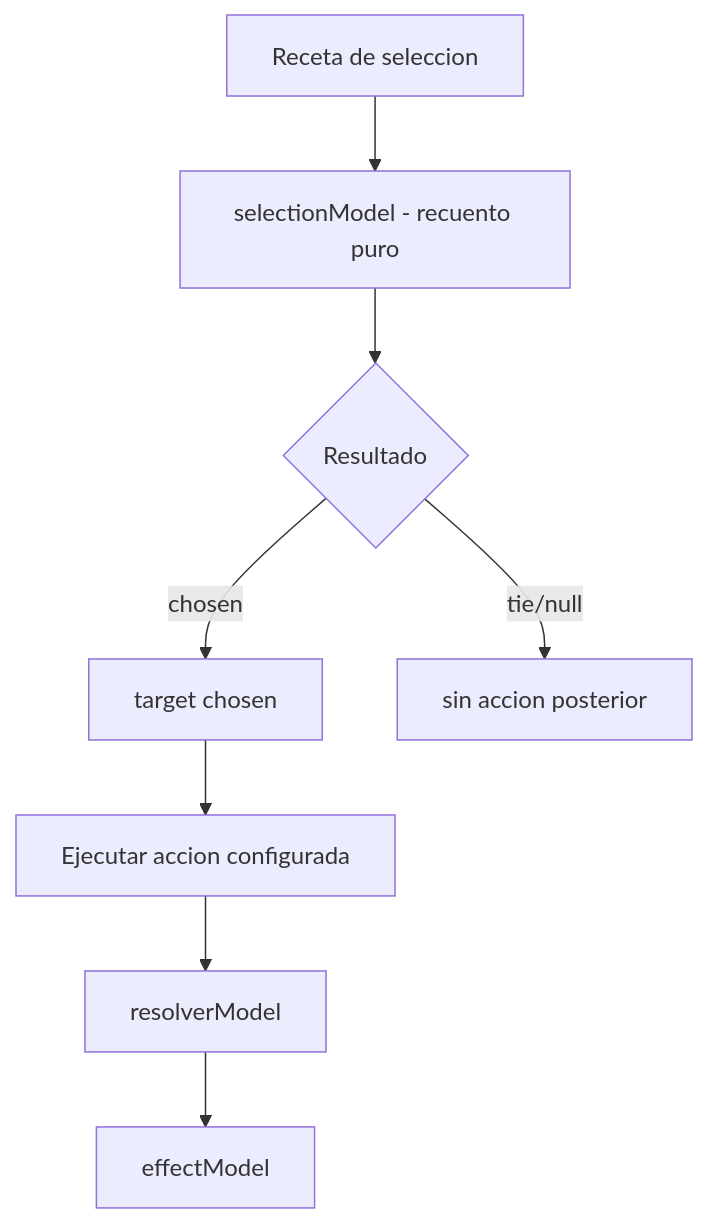
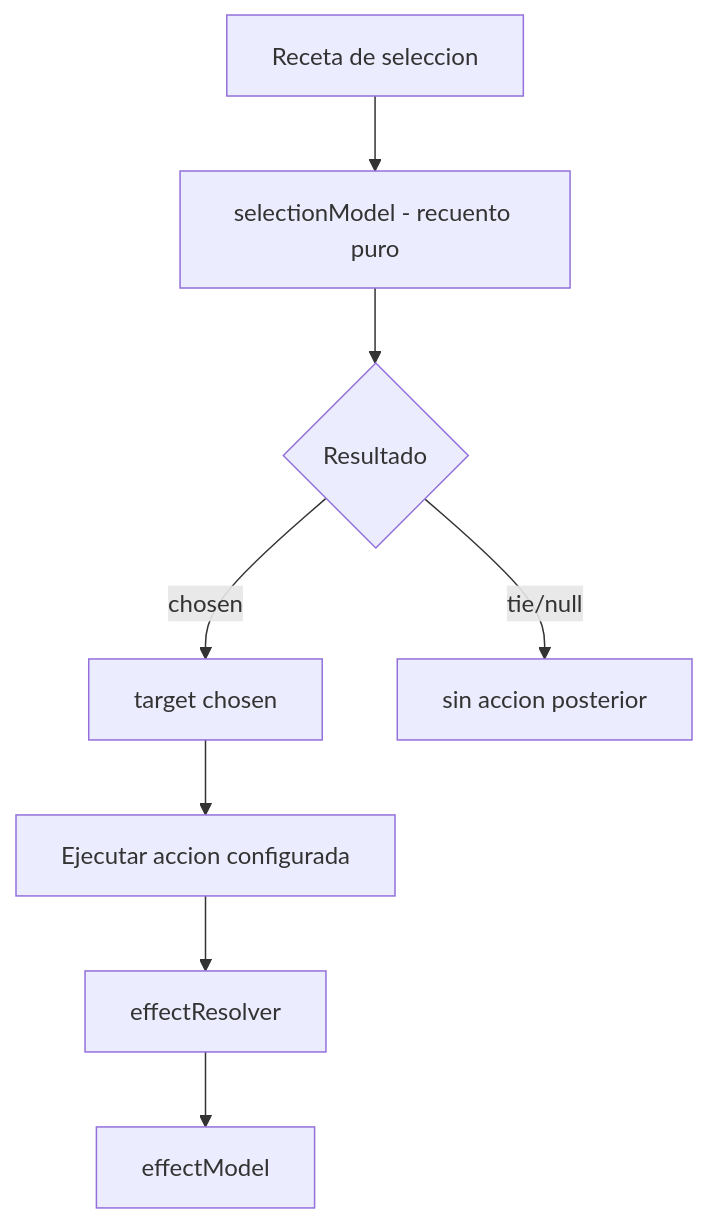
One commit to juanramonmorandeira/castronegro-director changed diagram 12 of 14 in docs/engine_flow_map.md. Above: the diagram before and after it, drawn with Mermaid. The commit also changed other lines of this file and 53 other files, not shown here.

Commit message:
Refine domain inter-pool queue architecture

````diff
--- a/docs/engine_flow_map.md
+++ b/docs/engine_flow_map.md
@@ -611,10 +611,10 @@
 ```mermaid
 flowchart TD
   A[Receta de seleccion] --> B[selectionModel - recuento puro]
   B --> C{Resultado}
   C -->|chosen| D[target chosen]
   C -->|tie/null| E[sin accion posterior]
   D --> F[Ejecutar accion configurada]
-  F --> G[resolverModel]
+  F --> G[effectResolver]
   G --> H[effectModel]
 ```
````
